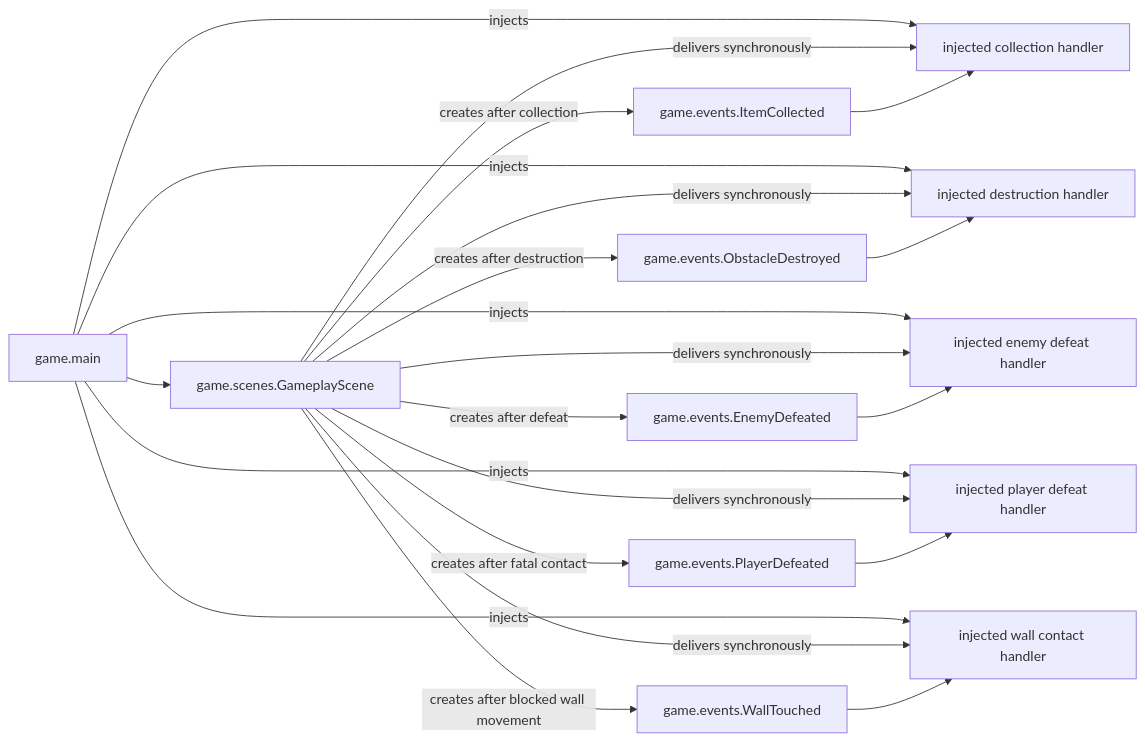
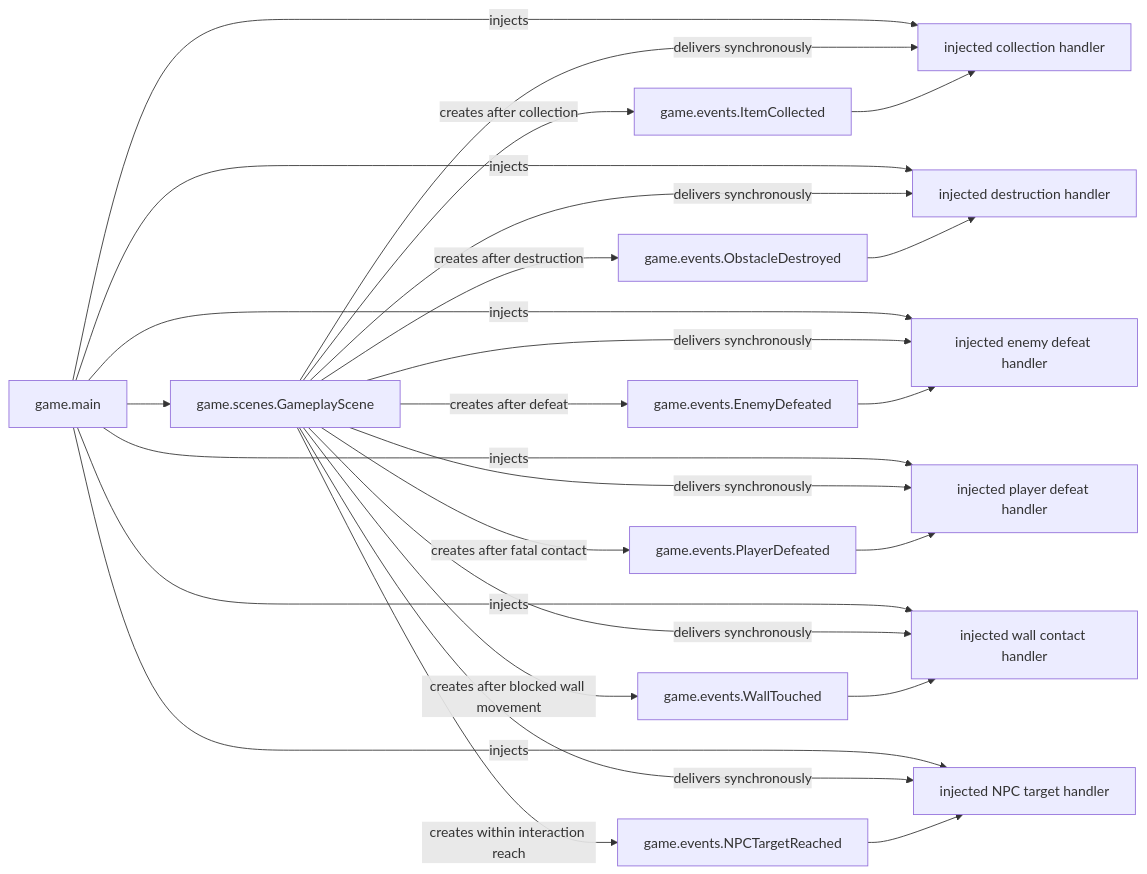
Before and after one commit to VincentMardon/my_first_adventure_game: the diagram in docs/architecture/events.md, drawn with Mermaid. The commit also changed other lines of this file and 13 other files, not shown here.

````diff
--- a/docs/architecture/events.md
+++ b/docs/architecture/events.md
@@ -71,37 +79,43 @@
 ```mermaid
 flowchart LR
     GameMain["game.main"]
     GameplayScene["game.scenes.GameplayScene"]
     ItemCollected["game.events.ItemCollected"]
     ObstacleDestroyed["game.events.ObstacleDestroyed"]
     EnemyDefeated["game.events.EnemyDefeated"]
     PlayerDefeated["game.events.PlayerDefeated"]
     WallTouched["game.events.WallTouched"]
+    NPCTargetReached["game.events.NPCTargetReached"]
     Handler["injected collection handler"]
     DestructionHandler["injected destruction handler"]
     DefeatHandler["injected enemy defeat handler"]
     PlayerDefeatHandler["injected player defeat handler"]
     WallHandler["injected wall contact handler"]
+    TargetHandler["injected NPC target handler"]
 
     GameMain -->|"injects"| Handler
     GameMain --> GameplayScene
     GameplayScene -->|"creates after collection"| ItemCollected
     GameplayScene -->|"delivers synchronously"| Handler
     ItemCollected --> Handler
     GameMain -->|"injects"| DestructionHandler
     GameplayScene -->|"creates after destruction"| ObstacleDestroyed
     GameplayScene -->|"delivers synchronously"| DestructionHandler
     ObstacleDestroyed --> DestructionHandler
     GameMain -->|"injects"| DefeatHandler
     GameplayScene -->|"creates after defeat"| EnemyDefeated
     GameplayScene -->|"delivers synchronously"| DefeatHandler
     EnemyDefeated --> DefeatHandler
     GameMain -->|"injects"| PlayerDefeatHandler
     GameplayScene -->|"creates after fatal contact"| PlayerDefeated
     GameplayScene -->|"delivers synchronously"| PlayerDefeatHandler
     PlayerDefeated --> PlayerDefeatHandler
     GameMain -->|"injects"| WallHandler
     GameplayScene -->|"creates after blocked wall movement"| WallTouched
     GameplayScene -->|"delivers synchronously"| WallHandler
     WallTouched --> WallHandler
+    GameMain -->|"injects"| TargetHandler
+    GameplayScene -->|"creates within interaction reach"| NPCTargetReached
+    GameplayScene -->|"delivers synchronously"| TargetHandler
+    NPCTargetReached --> TargetHandler
 ```
````
